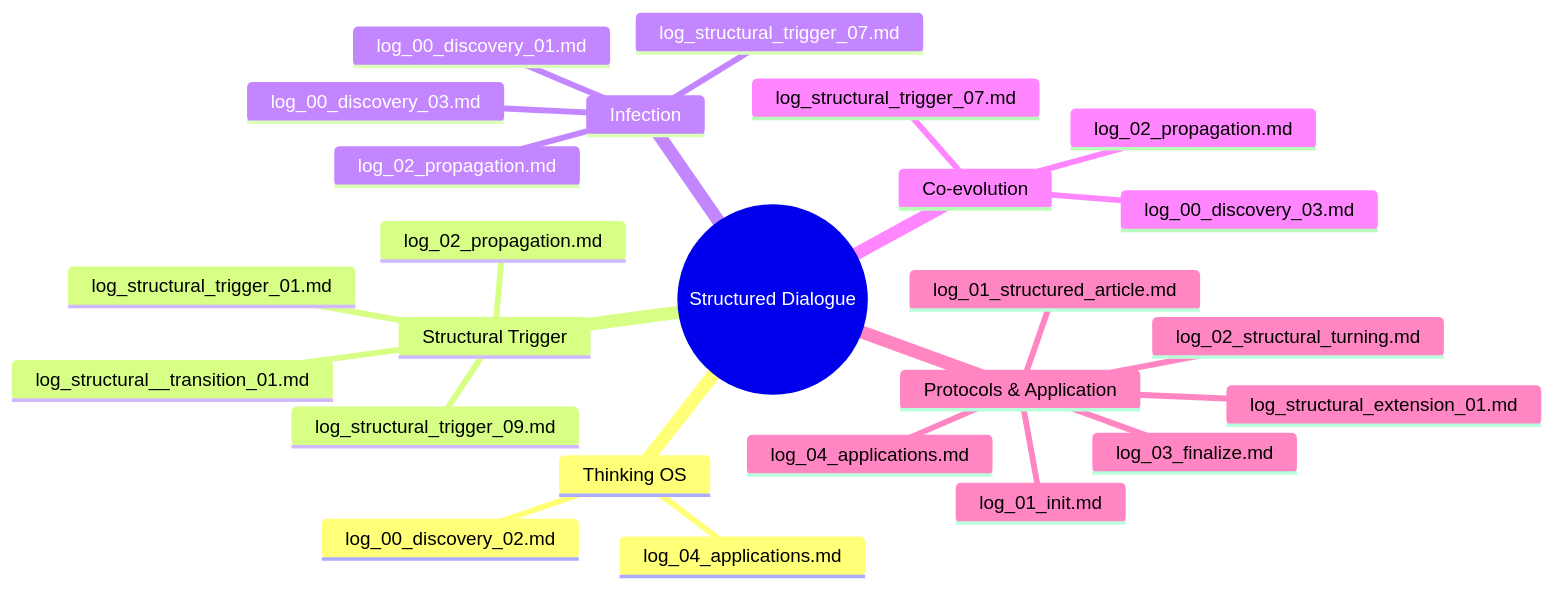
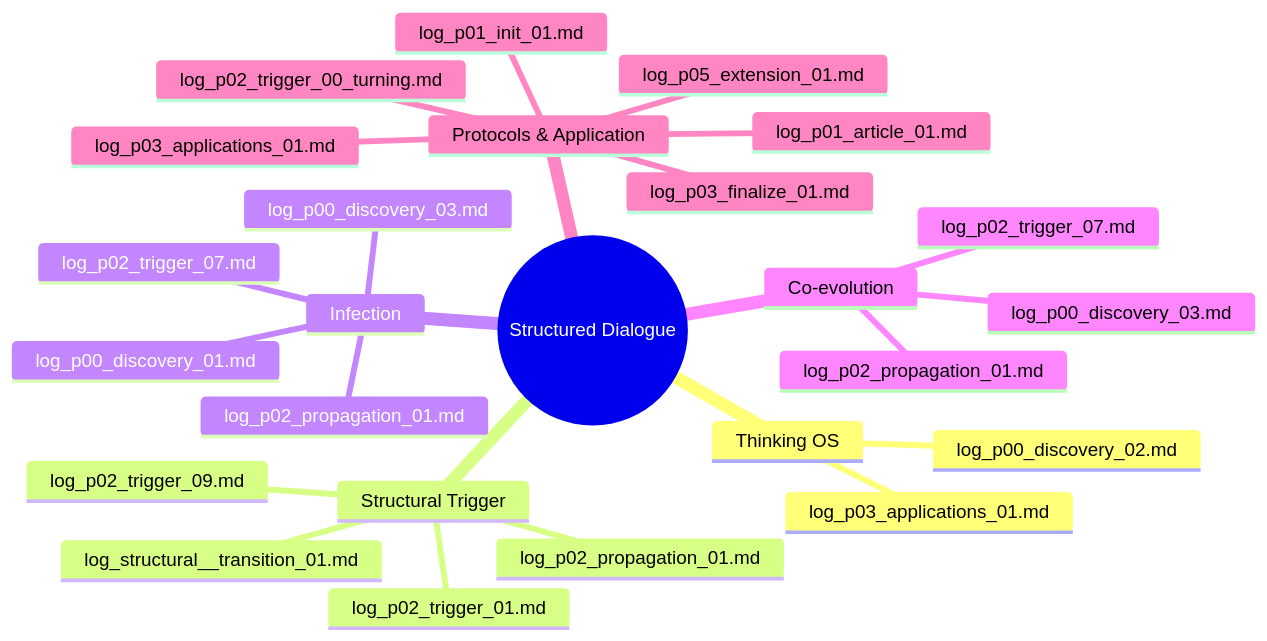
One commit to dvcampanula/structured-dialogue changed the diagram in logs/log_index.md. Above: the diagram before and after it, drawn with Mermaid. The commit also changed other lines of this file and 33 other files, not shown here.

````diff
--- a/logs/log_index.md
+++ b/logs/log_index.md
@@ -7,28 +7,28 @@
 ```mermaid
 mindmap
   root((Structured Dialogue))
     Thinking OS
-      log_00_discovery_02.md
-      log_04_applications.md
+      log_p00_discovery_02.md
+      log_p03_applications_01.md
     Structural Trigger
-      log_structural_trigger_01.md
-      log_structural_trigger_09.md
+      log_p02_trigger_01.md
+      log_p02_trigger_09.md
       log_structural__transition_01.md
-      log_02_propagation.md
+      log_p02_propagation_01.md
     Infection
-      log_00_discovery_01.md
-      log_00_discovery_03.md
-      log_02_propagation.md
-      log_structural_trigger_07.md
+      log_p00_discovery_01.md
+      log_p00_discovery_03.md
+      log_p02_propagation_01.md
+      log_p02_trigger_07.md
     Co-evolution
-      log_00_discovery_03.md
-      log_02_propagation.md
-      log_structural_trigger_07.md
+      log_p00_discovery_03.md
+      log_p02_propagation_01.md
+      log_p02_trigger_07.md
     Protocols & Application
-      log_01_init.md
-      log_01_structured_article.md
-      log_02_structural_turning.md
-      log_03_finalize.md
-      log_04_applications.md
-      log_structural_extension_01.md
+      log_p01_init_01.md
+      log_p01_article_01.md
+      log_p02_trigger_00_turning.md
+      log_p03_finalize_01.md
+      log_p03_applications_01.md
+      log_p05_extension_01.md
 ```
````
